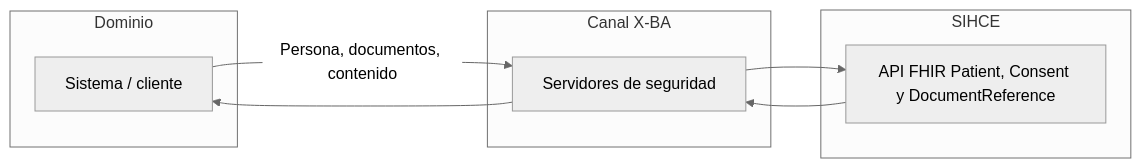
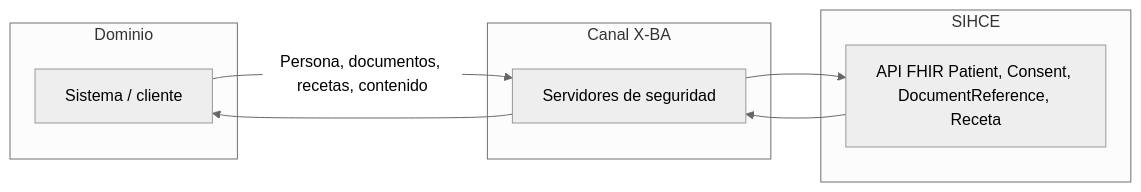
Before and after one commit to HL7-AR/sihce-ig: the first of 12 diagrams in input/pagecontent/CasosDeUso.md, drawn with Mermaid (neutral theme). The commit also changed other lines of this file and 1635 other files, not shown here.

````diff
--- a/input/pagecontent/CasosDeUso.md
+++ b/input/pagecontent/CasosDeUso.md
@@ -9,16 +9,16 @@
 ```mermaid
 flowchart LR
   subgraph Dominio["Dominio"]
     CAPP[Sistema / cliente]
   end
   subgraph Canal["Canal X-BA"]
     XR[Servidores de seguridad]
   end
   subgraph Proveedor["SIHCE"]
-    FHIR[API FHIR Patient, Consent y DocumentReference]
+    FHIR[API FHIR Patient, Consent, DocumentReference, Receta]
   end
-  CAPP -->|"Persona, documentos, contenido"| XR
+  CAPP -->|"Persona, documentos, recetas, contenido"| XR
   XR --> FHIR
   FHIR --> XR
   XR --> CAPP
 ```
````
